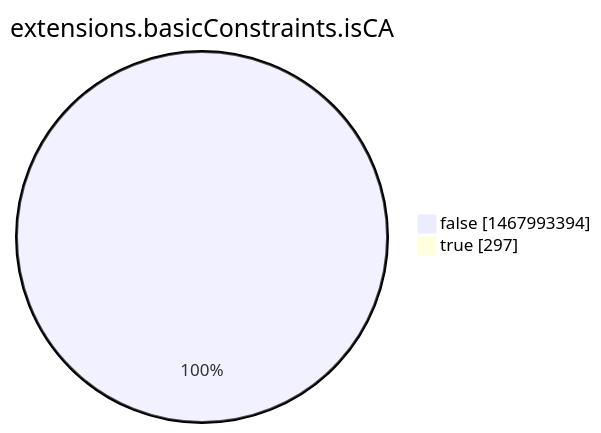
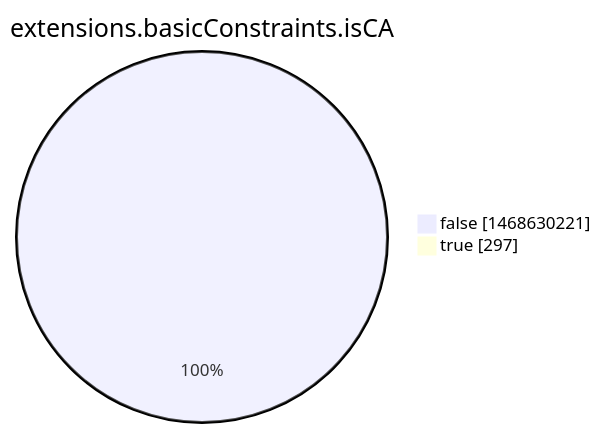
The eighth of 15 diagrams in argon2022/README.md (christiankrug/ctmonitor_visualization), drawn with Mermaid before and after one commit. The commit also changed other lines of this file, not shown here.

````diff
--- a/argon2022/README.md
+++ b/argon2022/README.md
@@ -2760,6 +2760,6 @@
 ```mermaid
 pie showData
 title extensions.basicConstraints.isCA
-"false" :1467993394
+"false" :1468630221
 "true" :297
 ```
````
